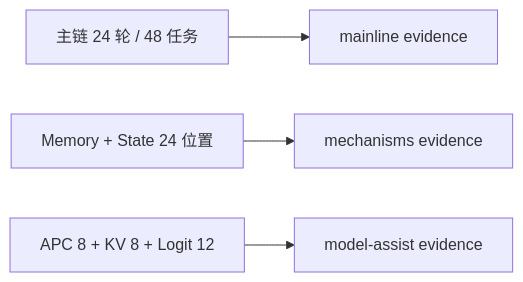
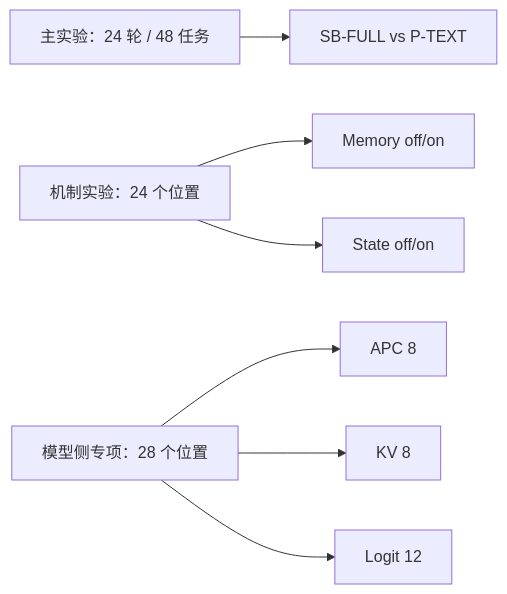
The diagram in docs/experiments/README.md (qcrs/os), drawn with Mermaid before and after one commit. The commit also changed other lines of this file and 2 other files, not shown here.

````diff
--- a/docs/experiments/README.md
+++ b/docs/experiments/README.md
@@ -7,6 +7,9 @@
 ```mermaid
 flowchart LR
-    A[主链 24 轮 / 48 任务] --> B[mainline evidence]
-    C[Memory + State 24 位置] --> D[mechanisms evidence]
-    E[APC 8 + KV 8 + Logit 12] --> F[model-assist evidence]
+    A[主实验：24 轮 / 48 任务] --> A1[SB-FULL vs P-TEXT]
+    B[机制实验：24 个位置] --> B1[Memory off/on]
+    B --> B2[State off/on]
+    C[模型侧专项：28 个位置] --> C1[APC 8]
+    C --> C2[KV 8]
+    C --> C3[Logit 12]
 ```
````
